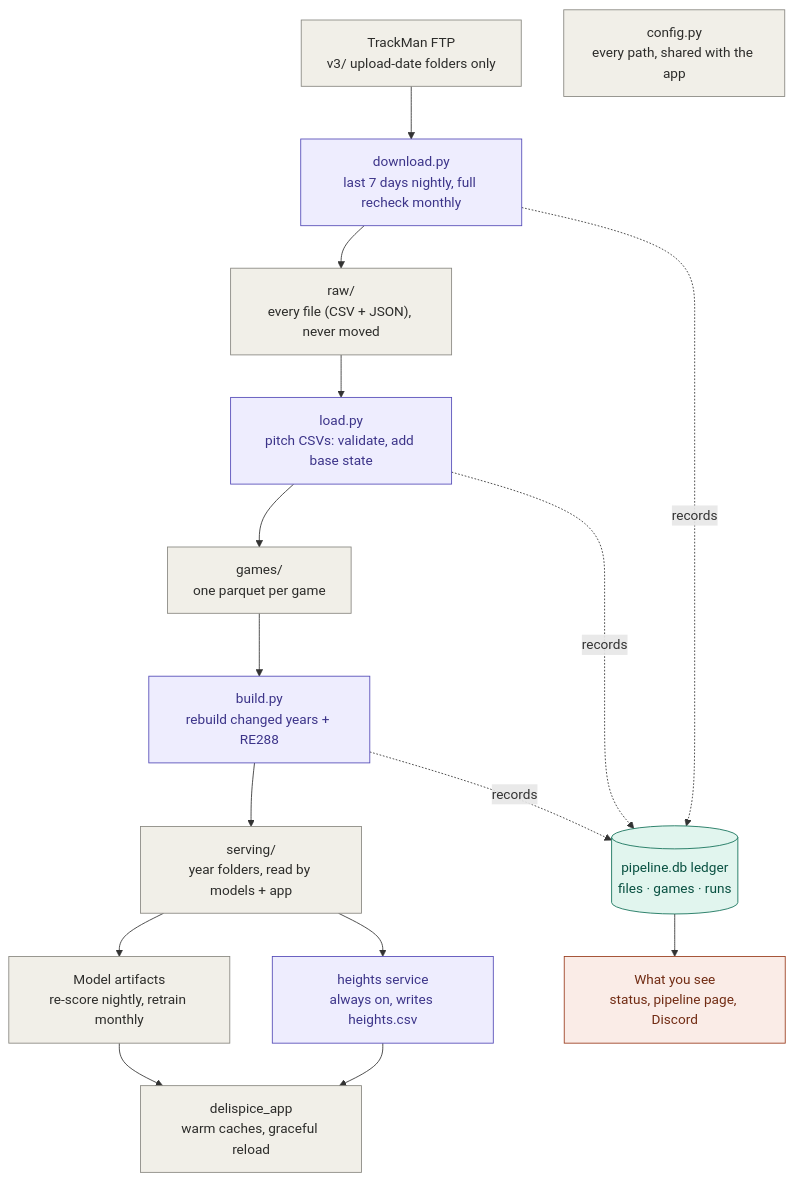
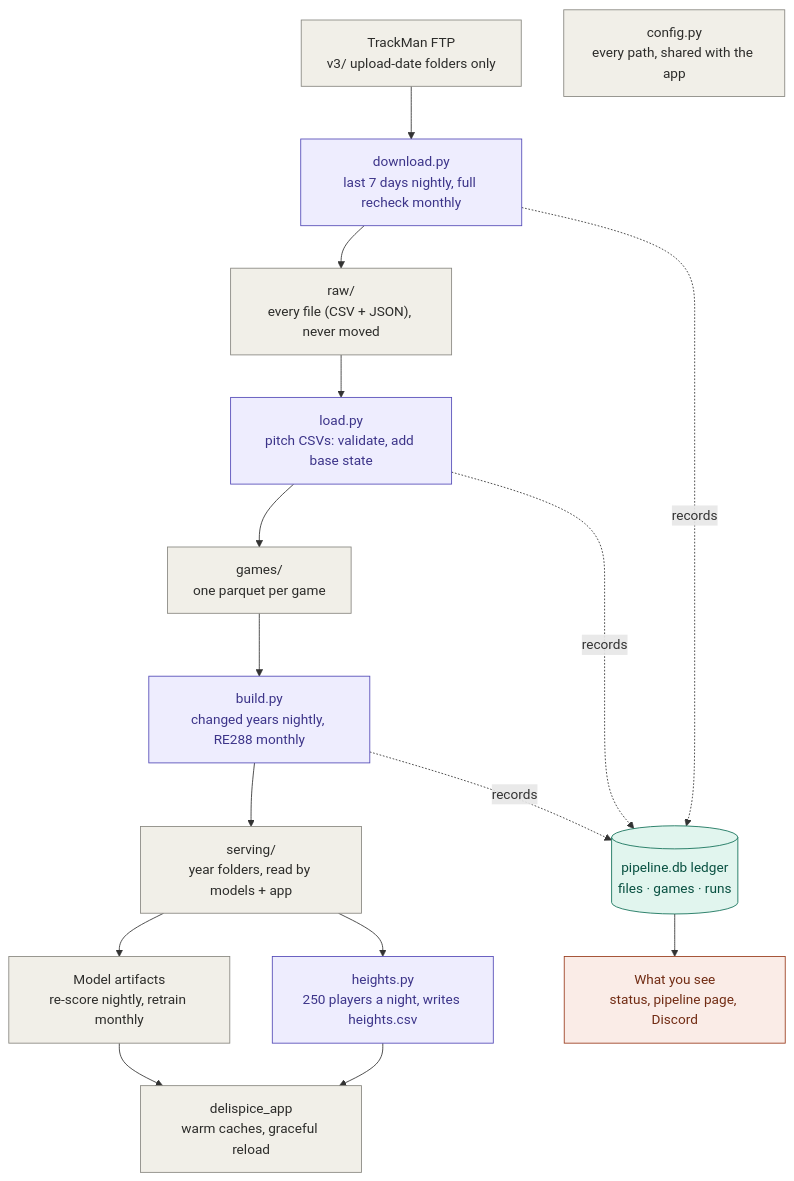
The first of 2 diagrams in pipeline_v2/plan.md (maus3004/delispice), drawn with Mermaid before and after one commit. The commit also changed other lines of this file and 10 other files, not shown here.

````diff
--- a/pipeline_v2/plan.md
+++ b/pipeline_v2/plan.md
@@ -109,27 +109,27 @@
 ```mermaid
 flowchart TD
     FTP["TrackMan FTP<br/>v3/ upload-date folders only"] --> DL["download.py<br/>last 7 days nightly, full recheck monthly"]
     DL --> RAW["raw/<br/>every file (CSV + JSON), never moved"]
     RAW --> LOAD["load.py<br/>pitch CSVs: validate, add base state"]
     LOAD --> GAMES["games/<br/>one parquet per game"]
-    GAMES --> BUILD["build.py<br/>rebuild changed years + RE288"]
+    GAMES --> BUILD["build.py<br/>changed years nightly, RE288 monthly"]
     BUILD --> SERVE["serving/<br/>year folders, read by models + app"]
     SERVE --> MODELS["Model artifacts<br/>re-score nightly, retrain monthly"]
     MODELS --> APP["delispice_app<br/>warm caches, graceful reload"]
-    SERVE --> HT["heights service<br/>always on, writes heights.csv"]
+    SERVE --> HT["heights.py<br/>250 players a night, writes heights.csv"]
     HT --> APP
     DL -. records .-> DB[("pipeline.db ledger<br/>files · games · runs")]
     LOAD -. records .-> DB
     BUILD -. records .-> DB
     DB --> SEE["What you see<br/>status, pipeline page, Discord"]
     CFG["config.py<br/>every path, shared with the app"]
 
     classDef script fill:#EEEDFE,stroke:#534AB7,color:#3C3489
     classDef store fill:#F1EFE8,stroke:#888780,color:#2C2C2A
     classDef ledger fill:#E1F5EE,stroke:#0F6E56,color:#085041
     classDef see fill:#FAECE7,stroke:#993C1D,color:#712B13
     class DL,LOAD,BUILD,HT script
     class FTP,RAW,GAMES,SERVE,MODELS,APP,CFG store
     class DB ledger
     class SEE see
 ```
````
